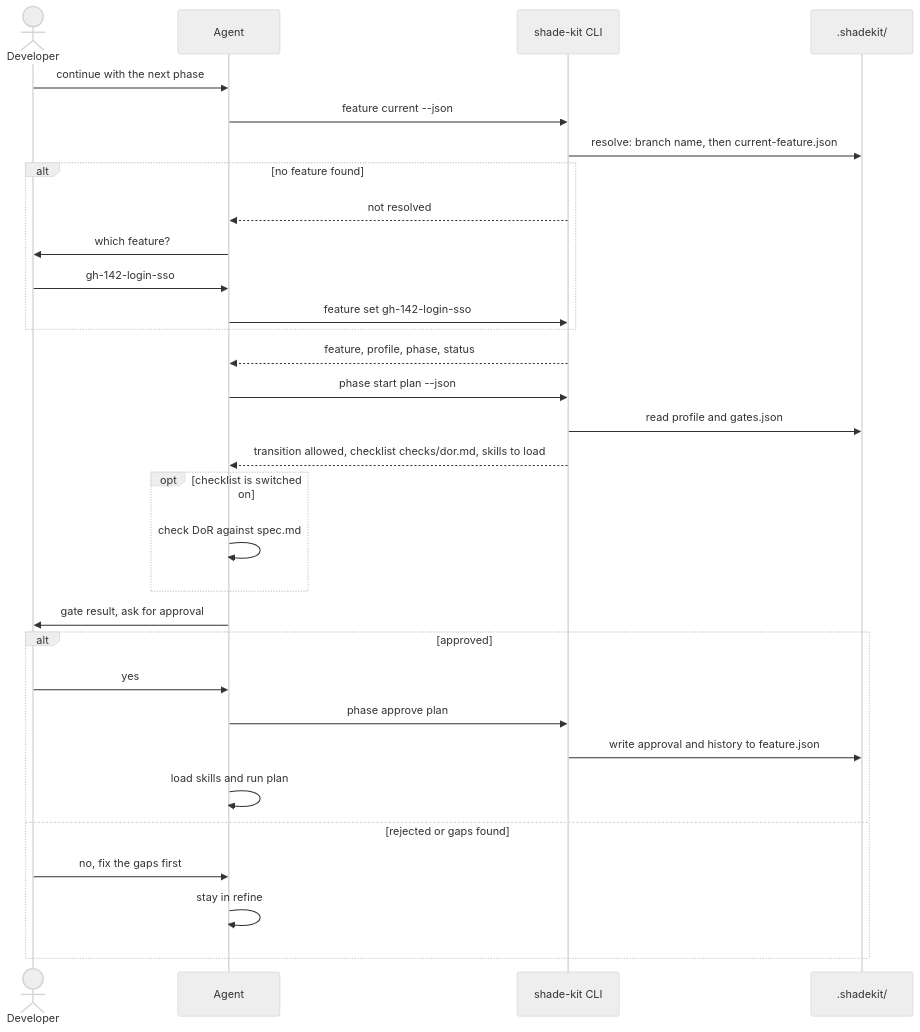
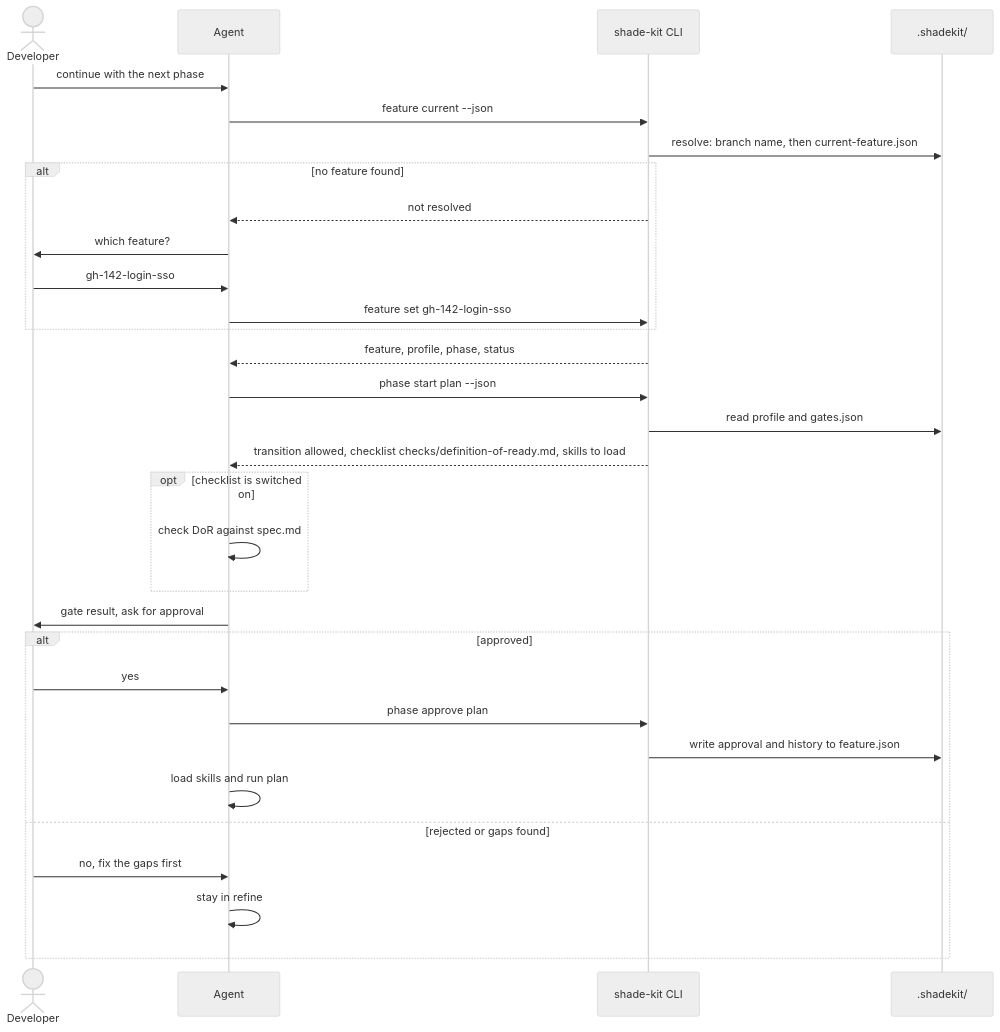
One commit to CreativeCodersTeam/shade-kit changed the fourth of 4 diagrams in research/shade-kit-concept.md. Above: the diagram before and after it, drawn with Mermaid (neutral theme). The commit also changed other lines of this file and 15 other files, not shown here.

````diff
--- a/research/shade-kit-concept.md
+++ b/research/shade-kit-concept.md
@@ -404,34 +404,34 @@
 ```mermaid
 sequenceDiagram
     actor Dev as Developer
     participant Agent
     participant CLI as shade-kit CLI
     participant Store as .shadekit/
 
     Dev->>Agent: continue with the next phase
     Agent->>CLI: feature current --json
     CLI->>Store: resolve: branch name, then current-feature.json
     alt no feature found
         CLI-->>Agent: not resolved
         Agent->>Dev: which feature?
         Dev->>Agent: gh-142-login-sso
         Agent->>CLI: feature set gh-142-login-sso
     end
     CLI-->>Agent: feature, profile, phase, status
     Agent->>CLI: phase start plan --json
     CLI->>Store: read profile and gates.json
-    CLI-->>Agent: transition allowed, checklist checks/dor.md, skills to load
+    CLI-->>Agent: transition allowed, checklist checks/definition-of-ready.md, skills to load
     opt checklist is switched on
         Agent->>Agent: check DoR against spec.md
     end
     Agent->>Dev: gate result, ask for approval
     alt approved
         Dev->>Agent: yes
         Agent->>CLI: phase approve plan
         CLI->>Store: write approval and history to feature.json
         Agent->>Agent: load skills and run plan
     else rejected or gaps found
         Dev->>Agent: no, fix the gaps first
         Agent->>Agent: stay in refine
     end
 ```
````
